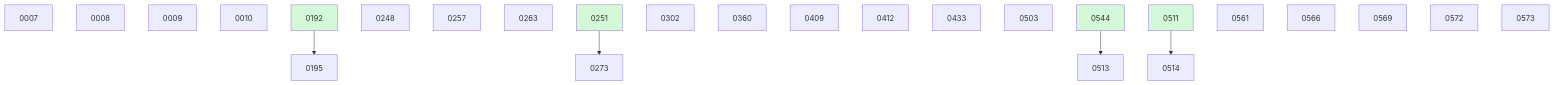
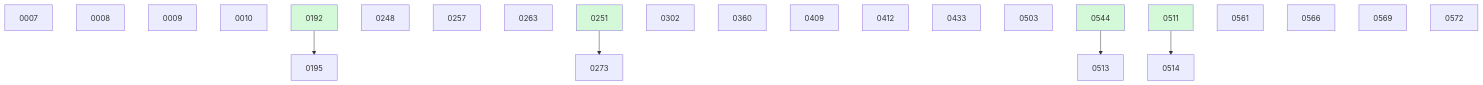
The diagram in docs/changes/BOARD.md (danielhanold/docket), drawn with Mermaid before and after one commit. The commit also changed other lines of this file and 4 other files, not shown here.

````diff
--- a/docs/changes/BOARD.md
+++ b/docs/changes/BOARD.md
@@ -47,30 +41,29 @@
 ```mermaid
 graph TD
   0007
   0008
   0009
   0010
   0192 --> 0195
   0248
   0257
   0263
   0251 --> 0273
   0302
   0360
   0409
   0412
   0433
   0503
   0544 --> 0513
   0511 --> 0514
   0561
   0566
   0569
   0572
-  0573
   0192:::done
   0251:::done
   0511:::done
   0544:::done
   classDef done fill:#d3f9d8;
 ```
````
